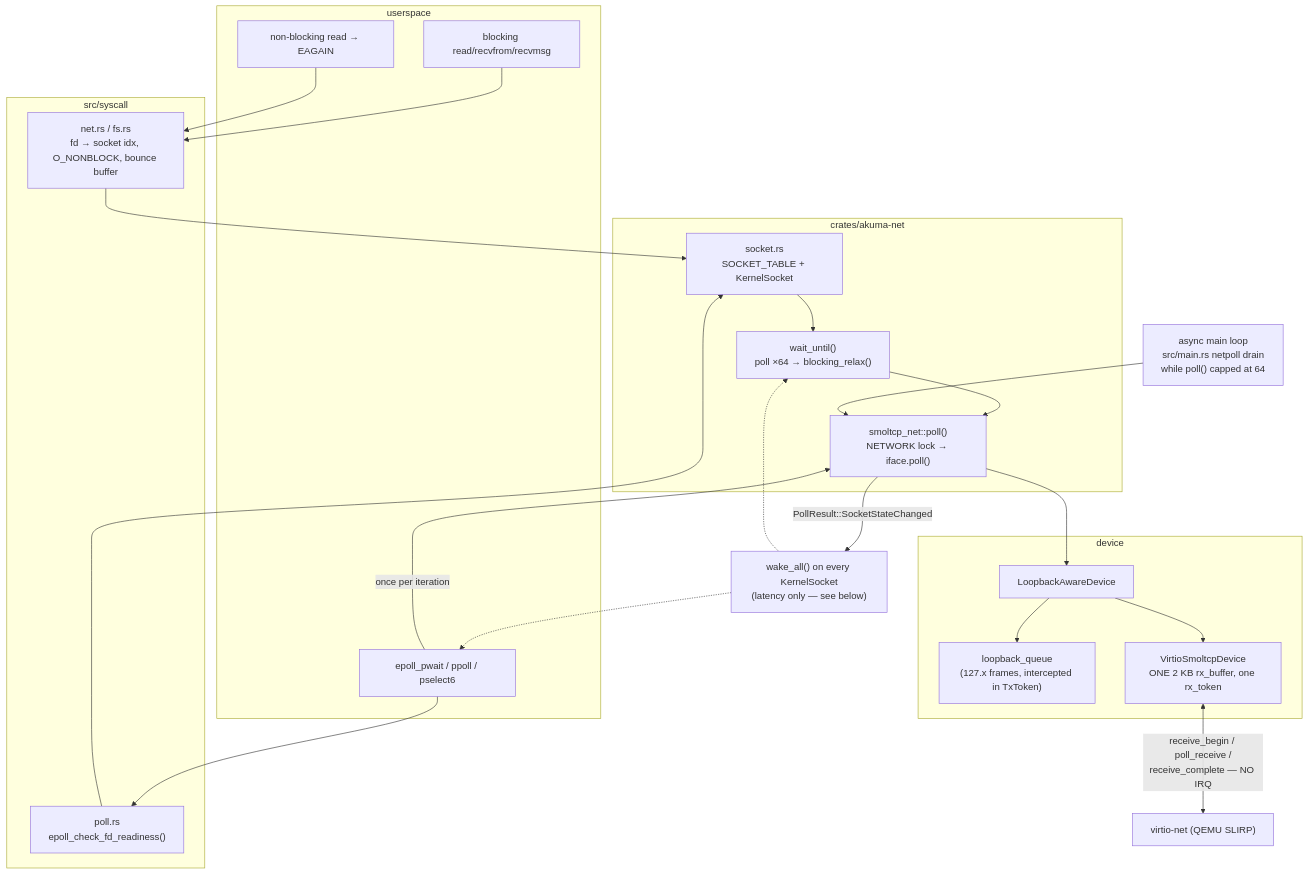
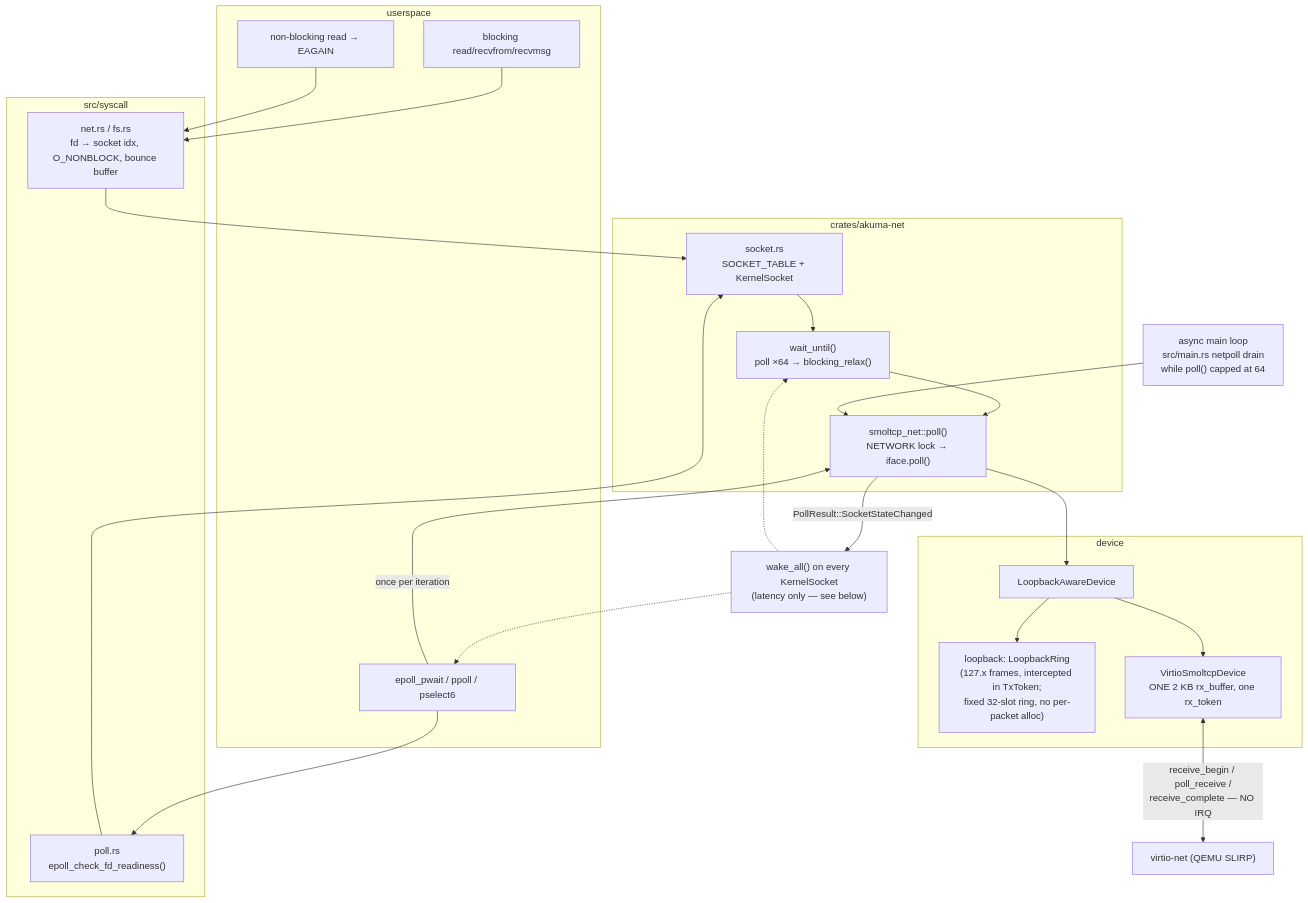
Before and after one commit to netoneko/akuma: the diagram in docs/reference/subsystems/networking.md, drawn with Mermaid. The commit also changed 3 other files, not shown here.

````diff
--- a/docs/reference/subsystems/networking.md
+++ b/docs/reference/subsystems/networking.md
@@ -169,40 +169,40 @@
 ```mermaid
 flowchart TD
     subgraph app["userspace"]
         BR["blocking read/recvfrom/recvmsg"]
         NBR["non-blocking read → EAGAIN"]
         EP["epoll_pwait / ppoll / pselect6"]
     end
 
     subgraph sc["src/syscall"]
         NETRS["net.rs / fs.rs<br/>fd → socket idx, O_NONBLOCK, bounce buffer"]
         POLLRS["poll.rs<br/>epoll_check_fd_readiness()"]
     end
 
     subgraph netc["crates/akuma-net"]
         SOCK["socket.rs<br/>SOCKET_TABLE + KernelSocket"]
         WAIT["wait_until()<br/>poll ×64 → blocking_relax()"]
         POLLFN["smoltcp_net::poll()<br/>NETWORK lock → iface.poll()"]
     end
 
     subgraph dev["device"]
         VDEV["LoopbackAwareDevice"]
-        LOOP["loopback_queue<br/>(127.x frames, intercepted in TxToken)"]
+        LOOP["loopback: LoopbackRing<br/>(127.x frames, intercepted in TxToken;<br/>fixed 32-slot ring, no per-packet alloc)"]
         VIO["VirtioSmoltcpDevice<br/>ONE 2 KB rx_buffer, one rx_token"]
     end
 
     MAIN["async main loop<br/>src/main.rs netpoll drain<br/>while poll() capped at 64"]
 
     BR --> NETRS --> SOCK --> WAIT --> POLLFN
     NBR --> NETRS
     EP --> POLLRS --> SOCK
     EP -->|"once per iteration"| POLLFN
     MAIN --> POLLFN
     POLLFN --> VDEV
     VDEV --> LOOP
     VDEV --> VIO
     VIO <-->|"receive_begin / poll_receive /<br/>receive_complete — NO IRQ"| QEMU["virtio-net (QEMU SLIRP)"]
     POLLFN -->|"PollResult::SocketStateChanged"| WAKE["wake_all() on every KernelSocket<br/>(latency only — see below)"]
     WAKE -.-> EP
     WAKE -.-> WAIT
 ```
````
